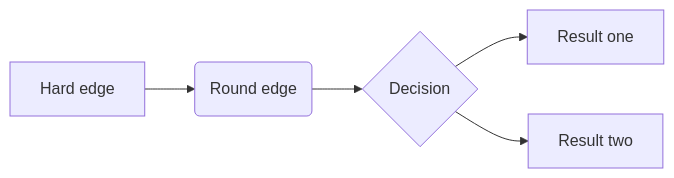
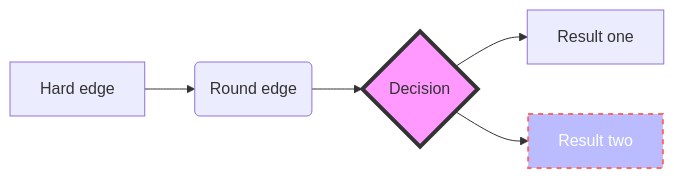
One commit to saskiaotto/UHHformats changed the first of 3 diagrams in inst/quarto/templates/html/skeleton/skeleton.qmd. Above: the diagram before and after it, drawn with Mermaid. The commit also changed other lines of this file and 113 other files, not shown here.

````diff
--- a/inst/quarto/templates/html/skeleton/skeleton.qmd
+++ b/inst/quarto/templates/html/skeleton/skeleton.qmd
@@ -201,11 +294,12 @@
 ```{mermaid}
 %%| label: fig-mermaid-diagram
 %%| fig-cap: Simple flowchart based on the JS-tool Mermaid.
 %%| fig-width: 6
-
 flowchart LR
   A[Hard edge] --> B(Round edge)
   B --> C{Decision}
   C --> D[Result one]
   C --> E[Result two]
+  style C fill:#f9f,stroke:#333,stroke-width:4px
+  style E fill:#bbf,stroke:#f66,stroke-width:2px,color:#fff,stroke-dasharray: 5 5
 ```
````
